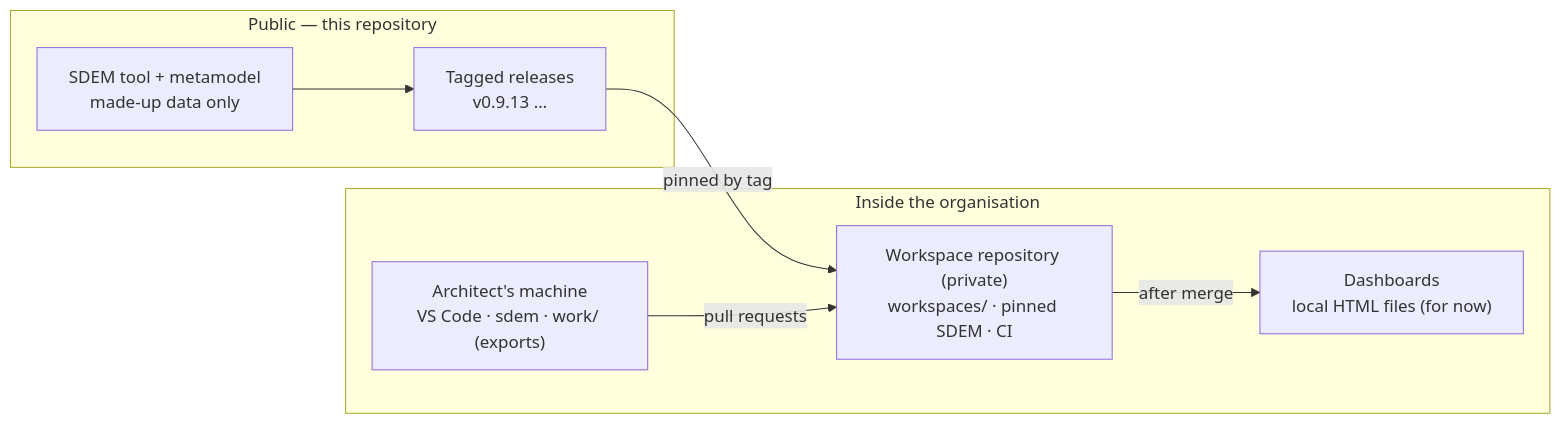
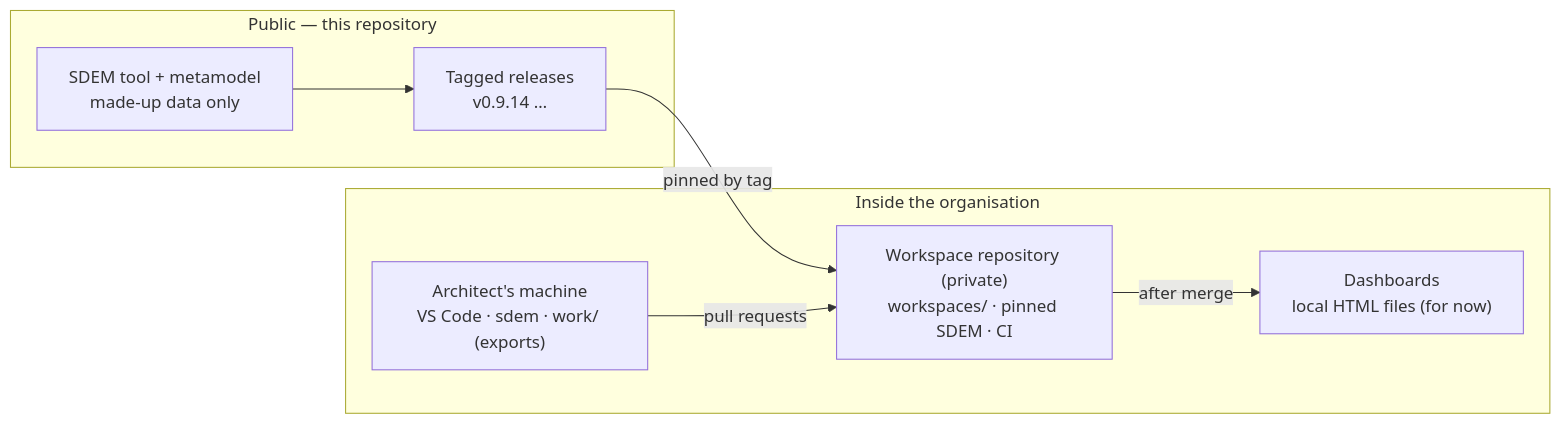
The diagram in docs/sdem-operating-model.md (taumoeps/bian-sdem-framework), drawn with Mermaid before and after one commit. The commit also changed other lines of this file and 25 other files, not shown here.

Commit message:
v0.9.14 — one setup guide for AI agents (documentation only); release preparation (version, template pin, CHANGELOG, ROADMAP)

````diff
--- a/docs/sdem-operating-model.md
+++ b/docs/sdem-operating-model.md
@@ -7,14 +7,14 @@
 ```mermaid
 flowchart LR
     subgraph PUB["Public — this repository"]
-      T["SDEM tool + metamodel<br/>made-up data only"] --> REL["Tagged releases<br/>v0.9.13 …"]
+      T["SDEM tool + metamodel<br/>made-up data only"] --> REL["Tagged releases<br/>v0.9.14 …"]
     end
     subgraph ORG["Inside the organisation"]
       ER["Workspace repository (private)<br/>workspaces/ · pinned SDEM · CI"]
       WS["Architect's machine<br/>VS Code · sdem · work/ (exports)"]
       H["Dashboards<br/>local HTML files (for now)"]
     end
     REL -- "pinned by tag" --> ER
     WS -- "pull requests" --> ER
     ER -- "after merge" --> H
 ```
````
